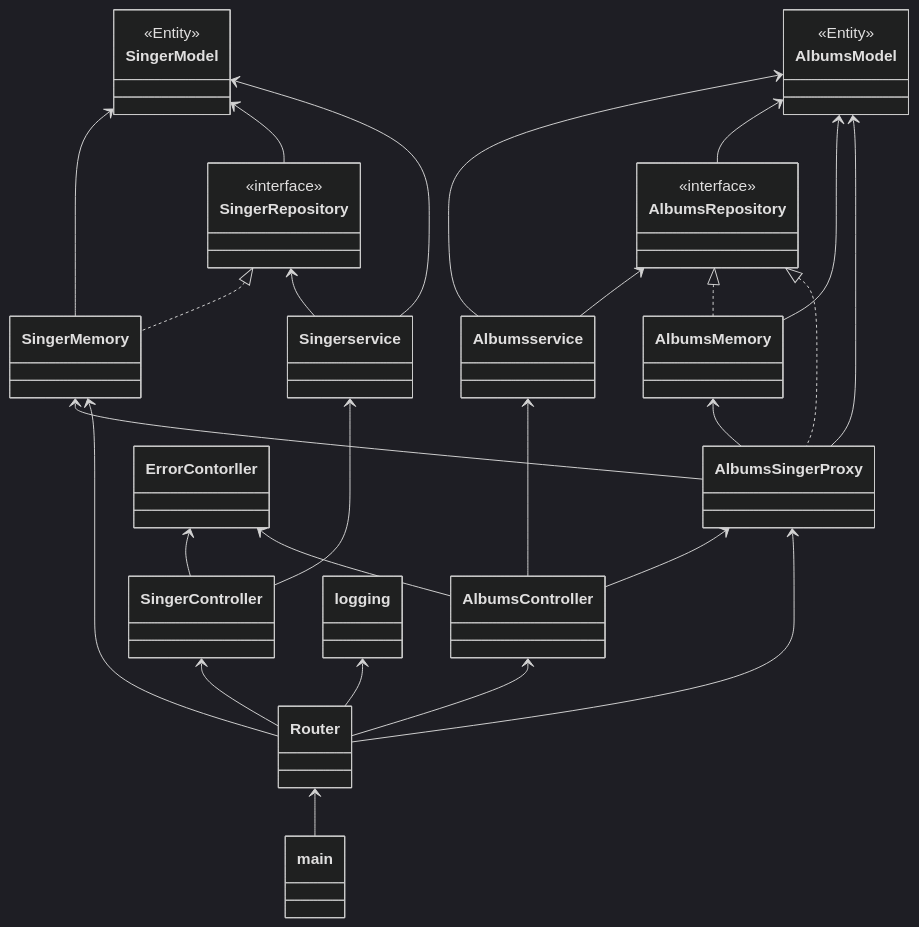
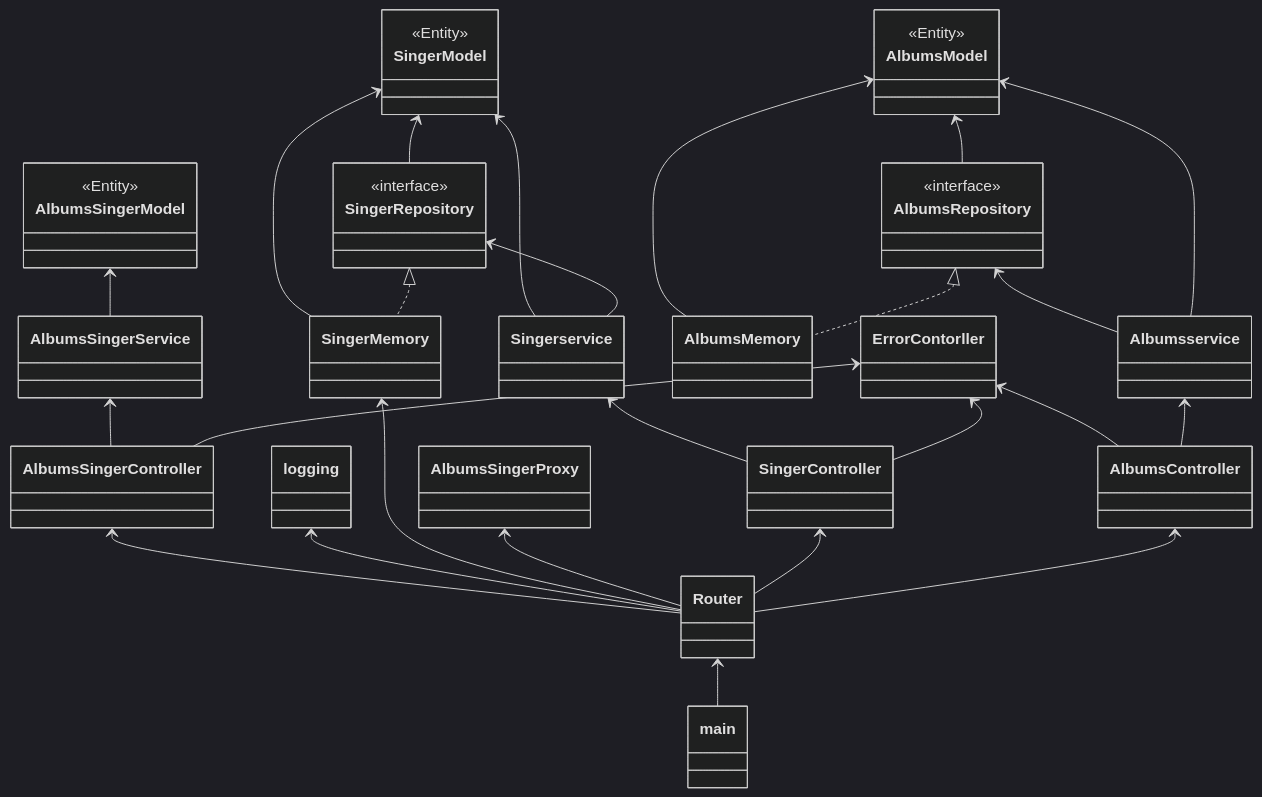
Before and after one commit to touka-aoi/server-recruit-challenge-2024: the diagram in architecture.md, drawn with Mermaid (dark theme). The commit also changed 1 other file, not shown here.

````diff
--- a/architecture.md
+++ b/architecture.md
@@ -1,66 +1,68 @@
 ```mermaid
 classDiagram
 
 class Singerservice
 class SingerRepository
 class SingerModel
 class SingerMemory
 class SingerController
 <<interface>> SingerRepository
 <<Entity>> SingerModel
 
 class Albumsservice
 class AlbumsRepository
 class AlbumsModel
 class AlbumsMemory
 class AlbumsController
 <<interface>> AlbumsRepository
 <<Entity>> AlbumsModel
+
+class AlbumsSingerModel
+<<Entity>> AlbumsSingerModel
 
 class AlbumsSingerProxy
 
 class Router
 class logging
 
 class main
 class ErrorContorller
 
 SingerModel <-- SingerMemory
 SingerRepository <|.. SingerMemory
 SingerModel <-- SingerRepository
 SingerModel <-- Singerservice
 SingerRepository <-- Singerservice
 Singerservice <-- SingerController
 ErrorContorller <-- SingerController
 
 ErrorContorller <-- AlbumsController
 
 Albumsservice <-- AlbumsController
 AlbumsRepository <-- Albumsservice
 AlbumsModel <-- Albumsservice
 AlbumsModel <-- AlbumsRepository
 AlbumsModel <-- AlbumsMemory
 AlbumsRepository <|.. AlbumsMemory
 
-AlbumsSingerProxy <-- AlbumsController
-AlbumsRepository <|.. AlbumsSingerProxy 
-AlbumsModel <-- AlbumsSingerProxy
-AlbumsMemory <-- AlbumsSingerProxy
-SingerMemory <-- AlbumsSingerProxy
+AlbumsSingerModel <-- AlbumsSingerService
+AlbumsSingerService <-- AlbumsSingerController
+ErrorContorller <-- AlbumsSingerController
+AlbumsSingerController <-- Router
 
 logging <-- Router
 SingerMemory <-- Router
 %% AlbumsMemory <-- Router
 AlbumsSingerProxy <-- Router
 SingerController <-- Router
 AlbumsController <-- Router
 Router <-- main
 
 %% AlbumsRepository <-- AlbumsSingerservice
 %% AlbumsModel <-- AlbumsSingerservice
 %% AlbumsSingerservice <-- AlbumsController
 
 
 
 
 ```
````
